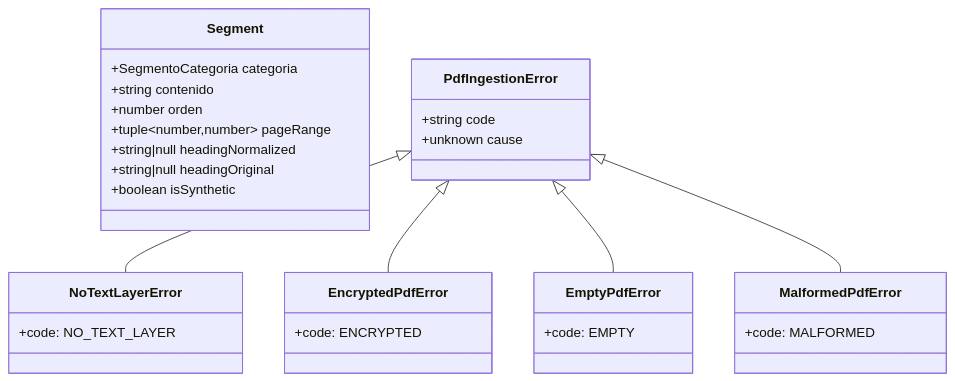
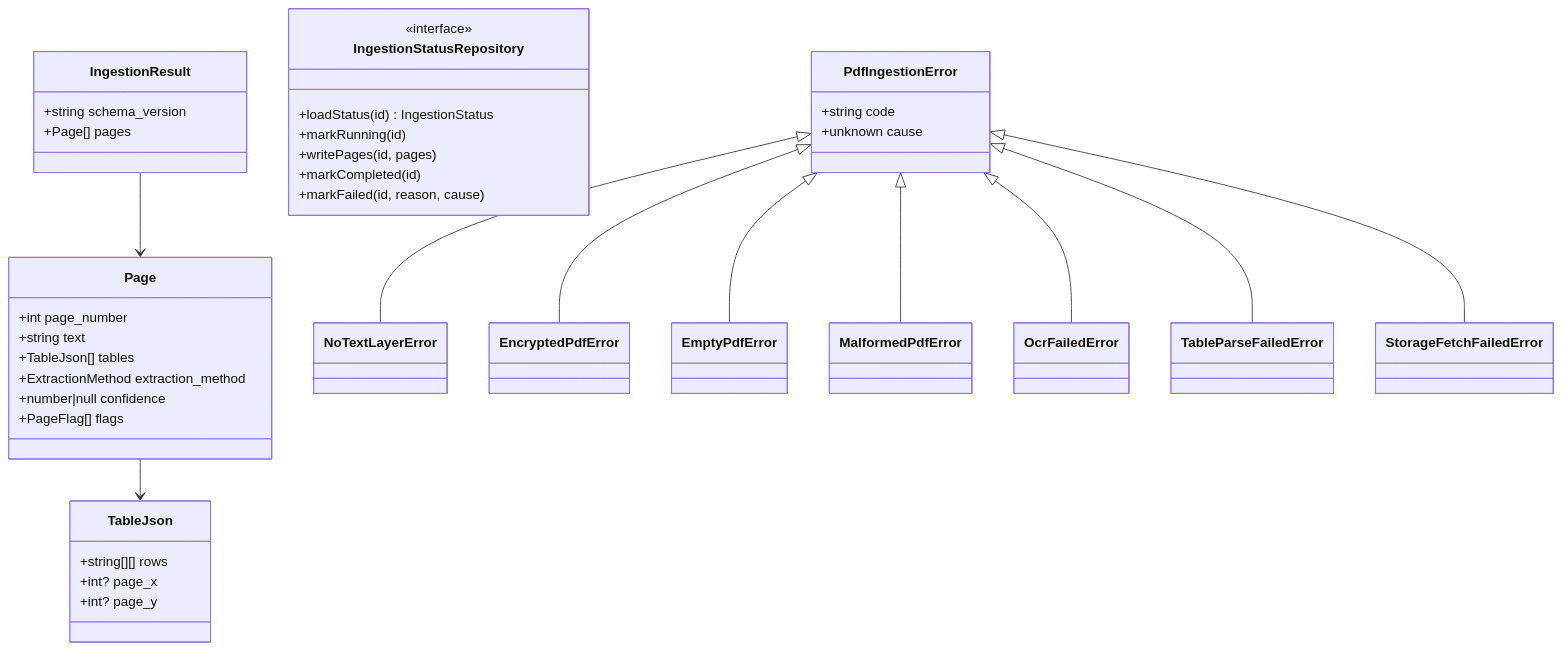
The first of 2 diagrams in docs/pdf-ingestion/spec/spec.md (agentezai/coltratos), drawn with Mermaid before and after one commit. The commit also changed other lines of this file and 24 other files, not shown here.

First line of the commit message:
docs(pdf-ingestion): rev 4 — queue-worker pipeline, OCR, tables, bench

````diff
--- a/docs/pdf-ingestion/spec/spec.md
+++ b/docs/pdf-ingestion/spec/spec.md
@@ -222,38 +232,47 @@
 ```mermaid
 classDiagram
-    class Segment {
-        +SegmentoCategoria categoria
-        +string contenido
-        +number orden
-        +tuple~number,number~ pageRange
-        +string|null headingNormalized
-        +string|null headingOriginal
-        +boolean isSynthetic
+    class IngestionResult {
+        +string schema_version
+        +Page[] pages
+    }
+
+    class Page {
+        +int page_number
+        +string text
+        +TableJson[] tables
+        +ExtractionMethod extraction_method
+        +number|null confidence
+        +PageFlag[] flags
+    }
+
+    class TableJson {
+        +string[][] rows
+        +int? page_x
+        +int? page_y
+    }
+
+    class IngestionStatusRepository {
+        <<interface>>
+        +loadStatus(id) IngestionStatus
+        +markRunning(id)
+        +writePages(id, pages)
+        +markCompleted(id)
+        +markFailed(id, reason, cause)
     }
 
     class PdfIngestionError {
         +string code
         +unknown cause
     }
 
-    class NoTextLayerError {
-        +code: NO_TEXT_LAYER
-    }
-
-    class EncryptedPdfError {
-        +code: ENCRYPTED
-    }
-
-    class EmptyPdfError {
-        +code: EMPTY
-    }
-
-    class MalformedPdfError {
-        +code: MALFORMED
-    }
-
     PdfIngestionError <|-- NoTextLayerError
     PdfIngestionError <|-- EncryptedPdfError
     PdfIngestionError <|-- EmptyPdfError
     PdfIngestionError <|-- MalformedPdfError
+    PdfIngestionError <|-- OcrFailedError
+    PdfIngestionError <|-- TableParseFailedError
+    PdfIngestionError <|-- StorageFetchFailedError
+
+    IngestionResult --> Page
+    Page --> TableJson
 ```
````
